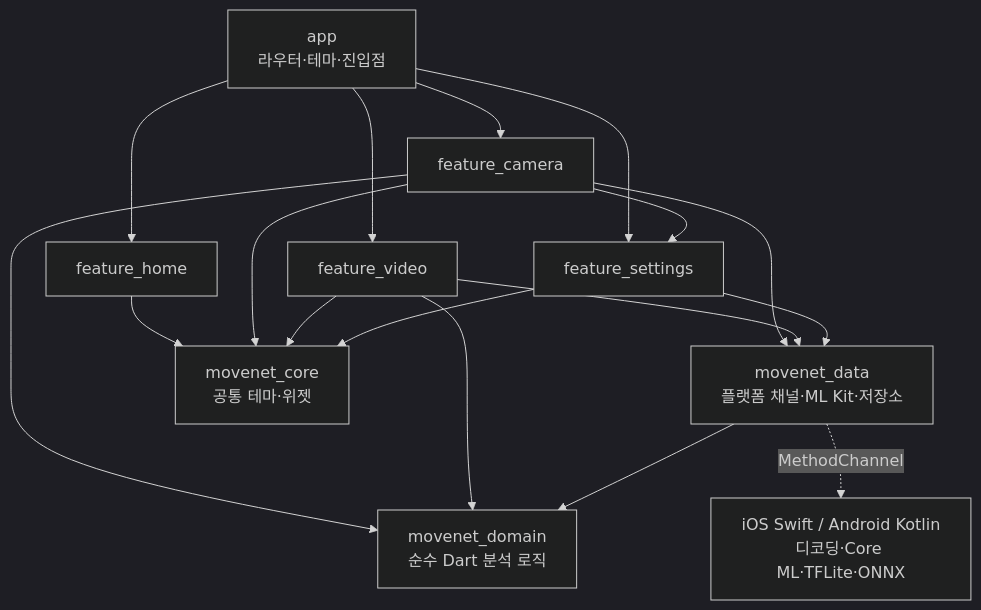
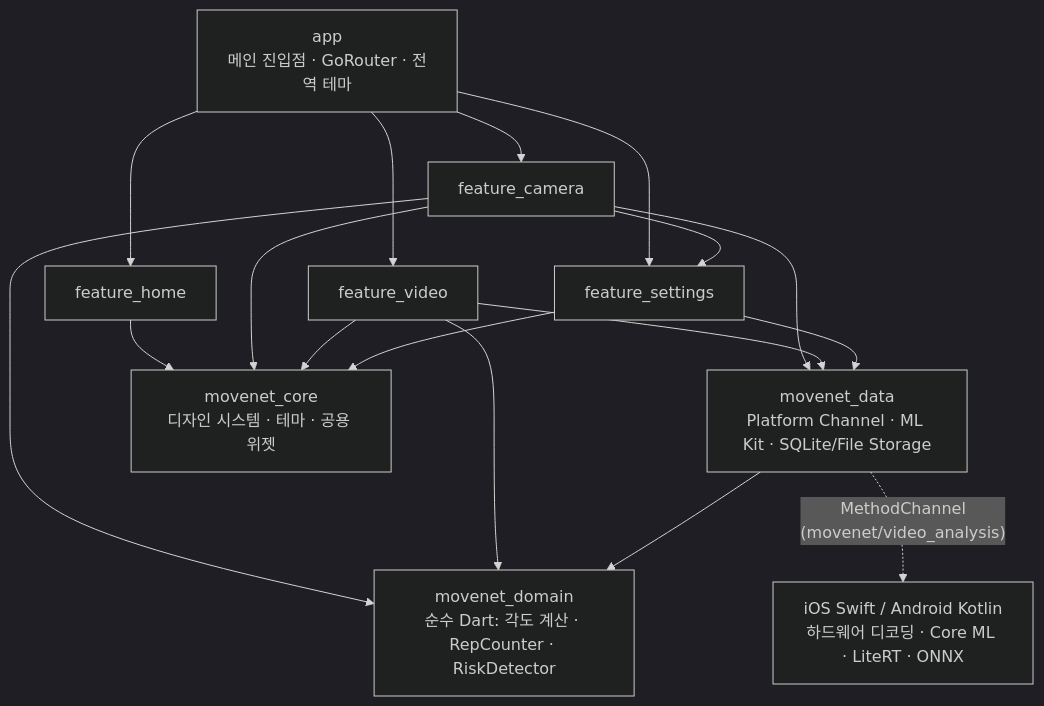
Before and after one commit to keydisk/FlutterMovenet: the diagram in README.md, drawn with Mermaid (dark theme). The commit also changed other lines of this file, not shown here.

````diff
--- a/README.md
+++ b/README.md
@@ -36,19 +81,23 @@
 ```mermaid
 graph TD
-  app[app<br/>라우터·테마·진입점] --> fh[feature_home]
+  app[app<br/>메인 진입점 · GoRouter · 전역 테마] --> fh[feature_home]
   app --> fc[feature_camera]
   app --> fv[feature_video]
   app --> fs[feature_settings]
+  
   fc --> fs
-  fc --> data[movenet_data<br/>플랫폼 채널·ML Kit·저장소]
+  fc --> data[movenet_data<br/>Platform Channel · ML Kit · SQLite/File Storage]
   fv --> data
   fs --> data
-  fc --> domain[movenet_domain<br/>순수 Dart 분석 로직]
+  
+  fc --> domain[movenet_domain<br/>순수 Dart: 각도 계산 · RepCounter · RiskDetector]
   fv --> domain
   data --> domain
-  fh --> core[movenet_core<br/>공통 테마·위젯]
+  
+  fh --> core[movenet_core<br/>디자인 시스템 · 테마 · 공용 위젯]
   fc --> core
   fv --> core
   fs --> core
-  data -. MethodChannel .-> native[iOS Swift / Android Kotlin<br/>디코딩·Core ML·TFLite·ONNX]
+  
+  data -. MethodChannel<br/>(movenet/video_analysis) .-> native[iOS Swift / Android Kotlin<br/>하드웨어 디코딩 · Core ML · LiteRT · ONNX]
 ```
````
